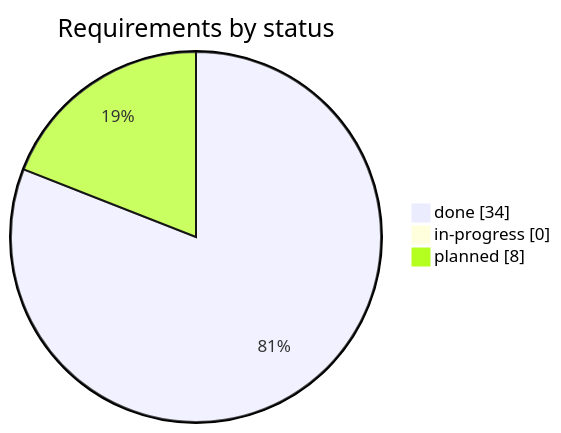
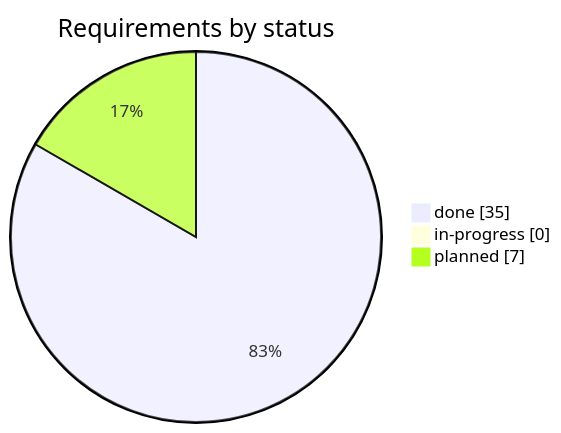
The first of 2 diagrams in docs/gap-list.md (rikire/Exchange-Student-Guide-Platform), drawn with Mermaid before and after one commit. The commit also changed other lines of this file and 3 other files, not shown here.

````diff
--- a/docs/gap-list.md
+++ b/docs/gap-list.md
@@ -13,6 +13,6 @@
 ```mermaid
 pie showData title Requirements by status
-    "done" : 34
+    "done" : 35
     "in-progress" : 0
-    "planned" : 8
+    "planned" : 7
 ```
````
